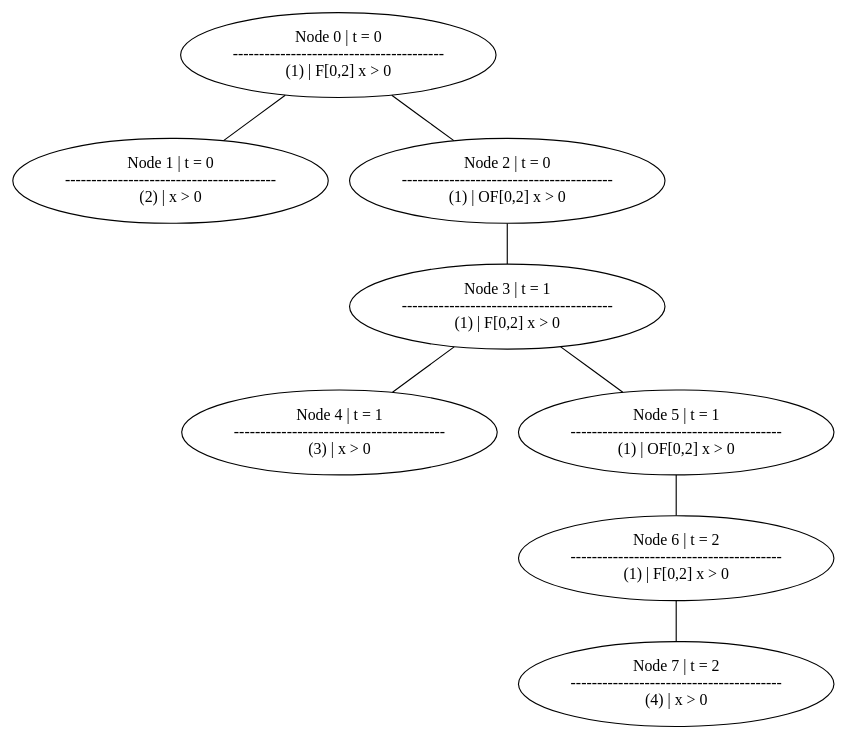
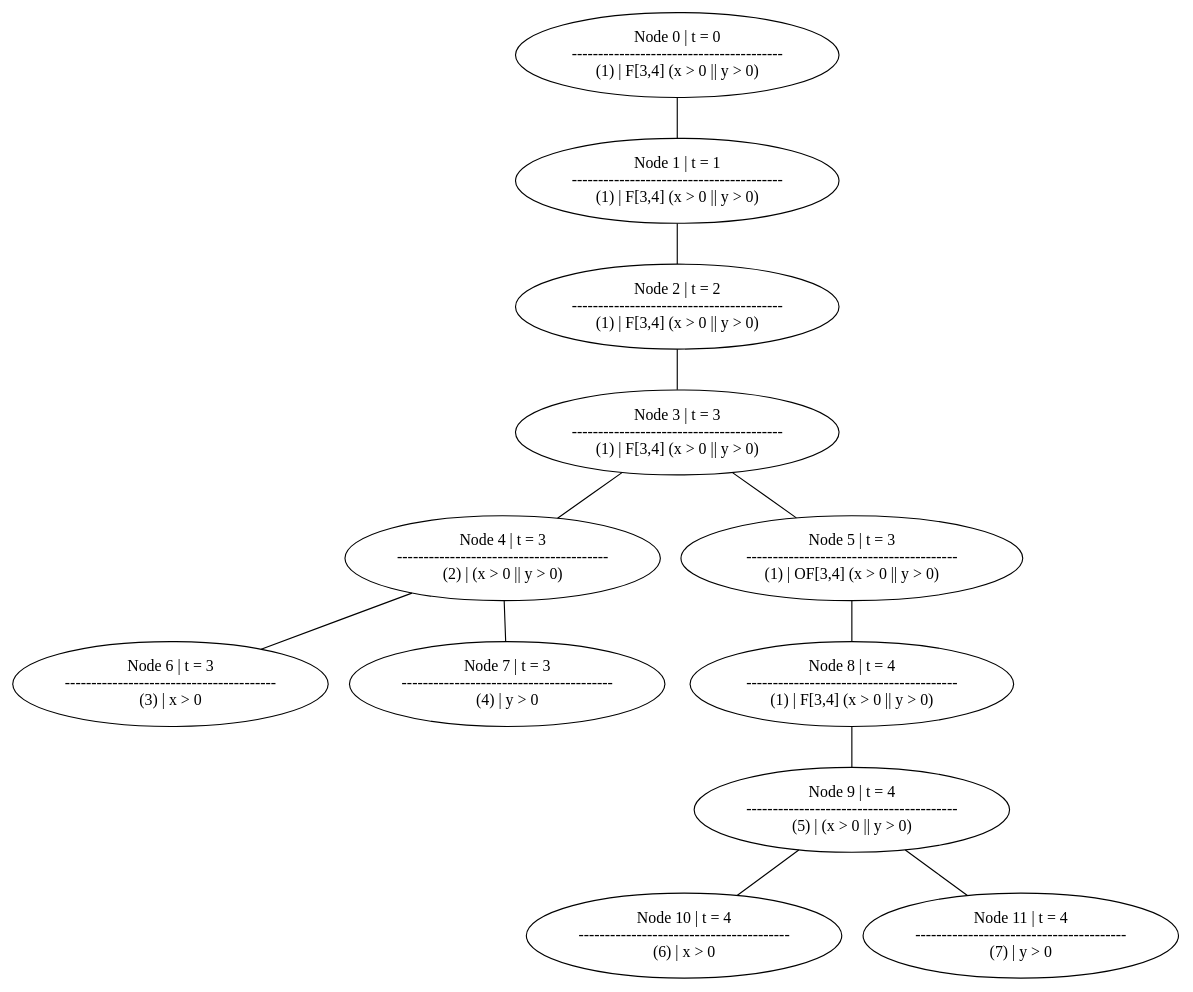
Before and after one commit to Salazar99/tabex: the diagram in m_stlsat/graph_F.dot, drawn with Graphviz. The commit also changed 6 other files, not shown here.

```diff
--- a/m_stlsat/graph_F.dot
+++ b/m_stlsat/graph_F.dot
@@ -1,41 +1,61 @@
 graph Tableau {
     "Node0"[label="Node 0 | t = 0
 ----------------------------------------
-(1) | F[0,2] x > 0
+(1) | F[3,4] (x > 0 || y > 0)
 "];
-    "Node1"[label="Node 1 | t = 0
+    "Node1"[label="Node 1 | t = 1
 ----------------------------------------
-(2) | x > 0
+(1) | F[3,4] (x > 0 || y > 0)
 "];
-    "Node2"[label="Node 2 | t = 0
+    "Node2"[label="Node 2 | t = 2
 ----------------------------------------
-(1) | OF[0,2] x > 0
+(1) | F[3,4] (x > 0 || y > 0)
 "];
-    "Node3"[label="Node 3 | t = 1
+    "Node3"[label="Node 3 | t = 3
 ----------------------------------------
-(1) | F[0,2] x > 0
+(1) | F[3,4] (x > 0 || y > 0)
 "];
-    "Node4"[label="Node 4 | t = 1
+    "Node4"[label="Node 4 | t = 3
+----------------------------------------
+(2) | (x > 0 || y > 0)
+"];
+    "Node5"[label="Node 5 | t = 3
+----------------------------------------
+(1) | OF[3,4] (x > 0 || y > 0)
+"];
+    "Node6"[label="Node 6 | t = 3
 ----------------------------------------
 (3) | x > 0
 "];
-    "Node5"[label="Node 5 | t = 1
+    "Node7"[label="Node 7 | t = 3
 ----------------------------------------
-(1) | OF[0,2] x > 0
+(4) | y > 0
 "];
-    "Node6"[label="Node 6 | t = 2
+    "Node8"[label="Node 8 | t = 4
 ----------------------------------------
-(1) | F[0,2] x > 0
+(1) | F[3,4] (x > 0 || y > 0)
 "];
-    "Node7"[label="Node 7 | t = 2
+    "Node9"[label="Node 9 | t = 4
 ----------------------------------------
-(4) | x > 0
+(5) | (x > 0 || y > 0)
+"];
+    "Node10"[label="Node 10 | t = 4
+----------------------------------------
+(6) | x > 0
+"];
+    "Node11"[label="Node 11 | t = 4
+----------------------------------------
+(7) | y > 0
 "];
     "Node0" -- "Node1"[label=""];
-    "Node0" -- "Node2"[label=""];
+    "Node1" -- "Node2"[label=""];
     "Node2" -- "Node3"[label=""];
     "Node3" -- "Node4"[label=""];
     "Node3" -- "Node5"[label=""];
-    "Node5" -- "Node6"[label=""];
-    "Node6" -- "Node7"[label=""];
+    "Node4" -- "Node6"[label=""];
+    "Node4" -- "Node7"[label=""];
+    "Node5" -- "Node8"[label=""];
+    "Node8" -- "Node9"[label=""];
+    "Node9" -- "Node10"[label=""];
+    "Node9" -- "Node11"[label=""];
 }
```
